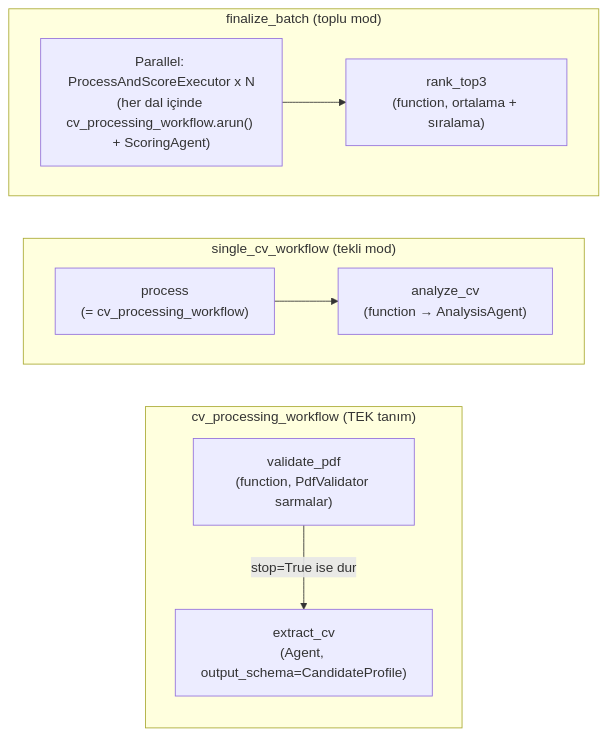
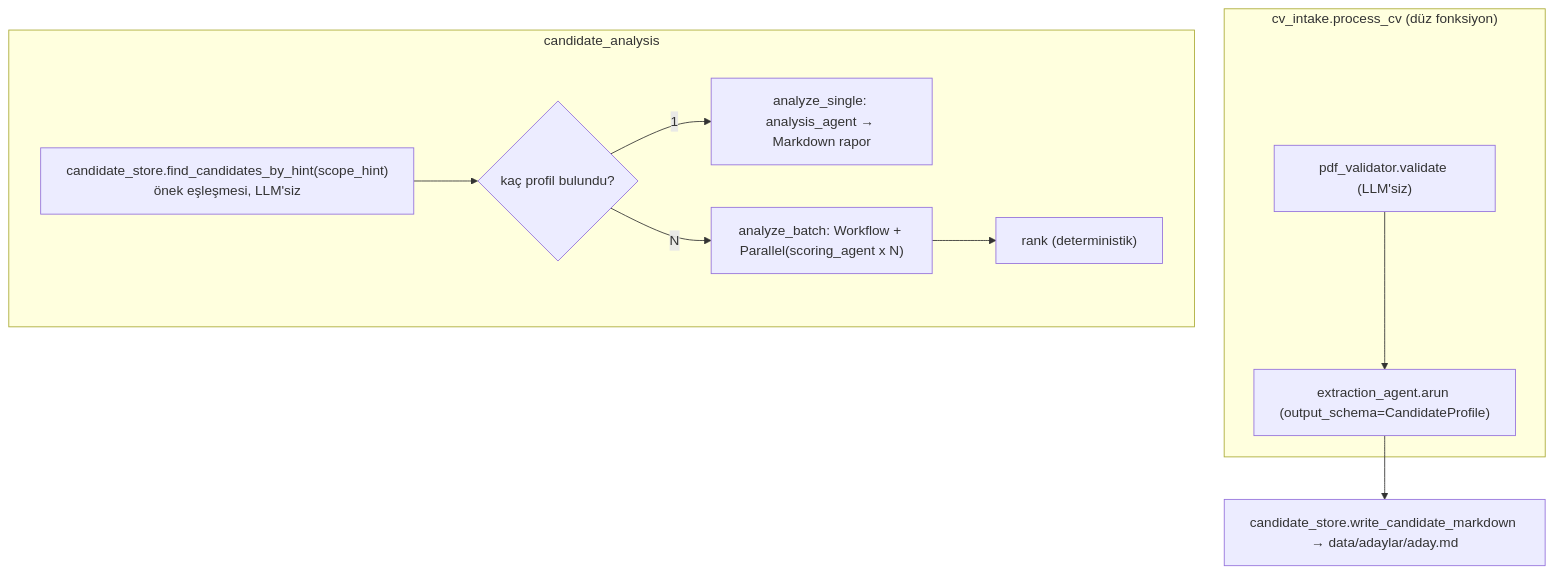
One commit to Wijt/hr-ai-agent-telegram changed the third of 3 diagrams in ARCHITECTURE.md. Above: the diagram before and after it, drawn with Mermaid. The commit also changed other lines of this file and 16 other files, not shown here.

Commit message:
feat: implement core PDF processing, extraction logic, and multi-candidate analysis architecture with Pydantic models

````diff
--- a/ARCHITECTURE.md
+++ b/ARCHITECTURE.md
@@ -137,14 +128,13 @@
 ```mermaid
-flowchart LR
-    subgraph cv_processing_workflow["cv_processing_workflow (TEK tanım)"]
-        V["validate_pdf<br/>(function, PdfValidator sarmalar)"] -->|stop=True ise dur| E["extract_cv<br/>(Agent, output_schema=CandidateProfile)"]
+flowchart TB
+    subgraph intake["cv_intake.process_cv (düz fonksiyon)"]
+        V["pdf_validator.validate (LLM'siz)"] --> E["extraction_agent.arun (output_schema=CandidateProfile)"]
     end
-    subgraph single["single_cv_workflow (tekli mod)"]
-        direction LR
-        P1["process<br/>(= cv_processing_workflow)"] --> AN["analyze_cv<br/>(function → AnalysisAgent)"]
-    end
-    subgraph batch["finalize_batch (toplu mod)"]
-        direction LR
-        PAR["Parallel: ProcessAndScoreExecutor x N<br/>(her dal içinde cv_processing_workflow.arun() + ScoringAgent)"] --> R["rank_top3<br/>(function, ortalama + sıralama)"]
+    E --> W["candidate_store.write_candidate_markdown → data/adaylar/aday.md"]
+
+    subgraph evaluate["candidate_analysis"]
+        Q["candidate_store.find_candidates_by_hint(scope_hint)<br/>önek eşleşmesi, LLM'siz"] --> D{"kaç profil bulundu?"}
+        D -->|1| SA["analyze_single: analysis_agent → Markdown rapor"]
+        D -->|N| SP["analyze_batch: Workflow + Parallel(scoring_agent x N)"] --> RK["rank (deterministik)"]
     end
 ```
````
